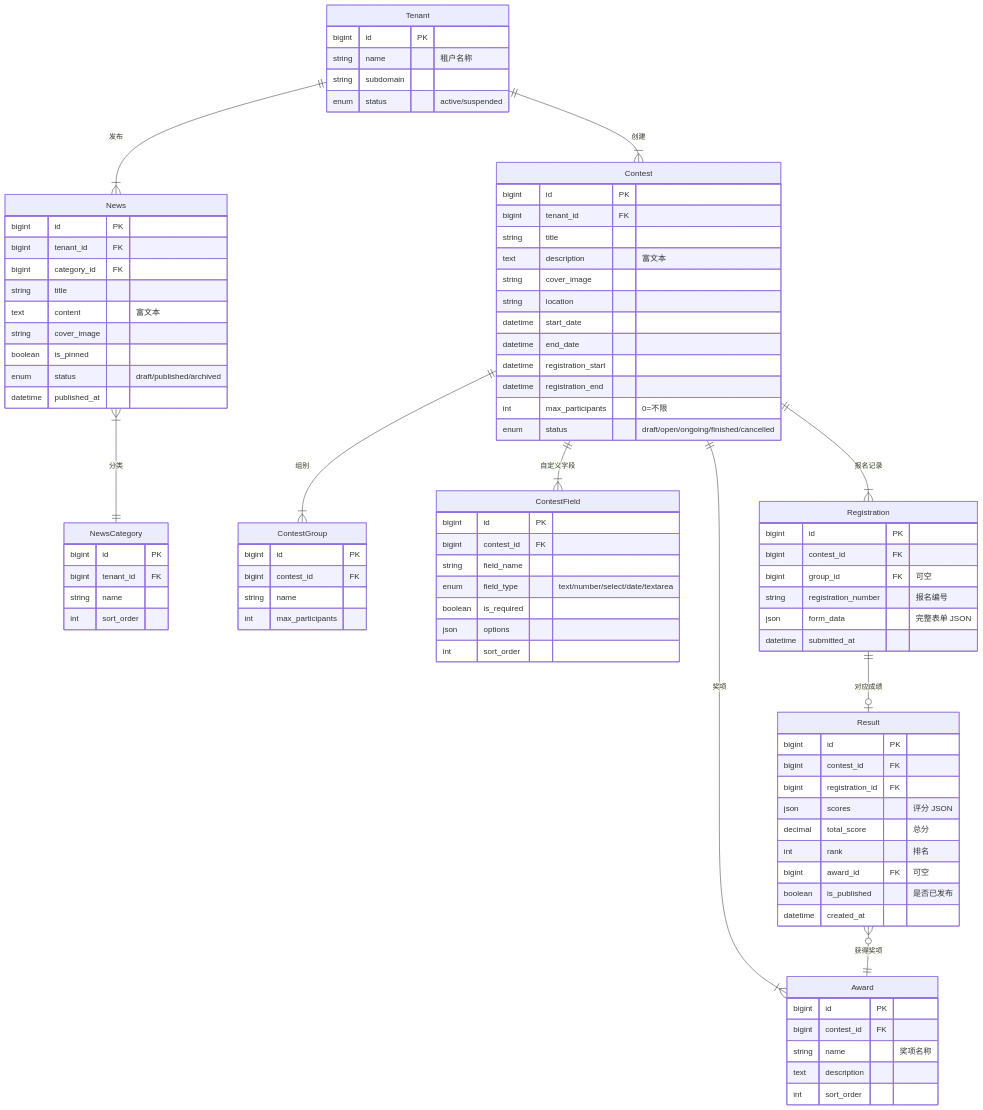
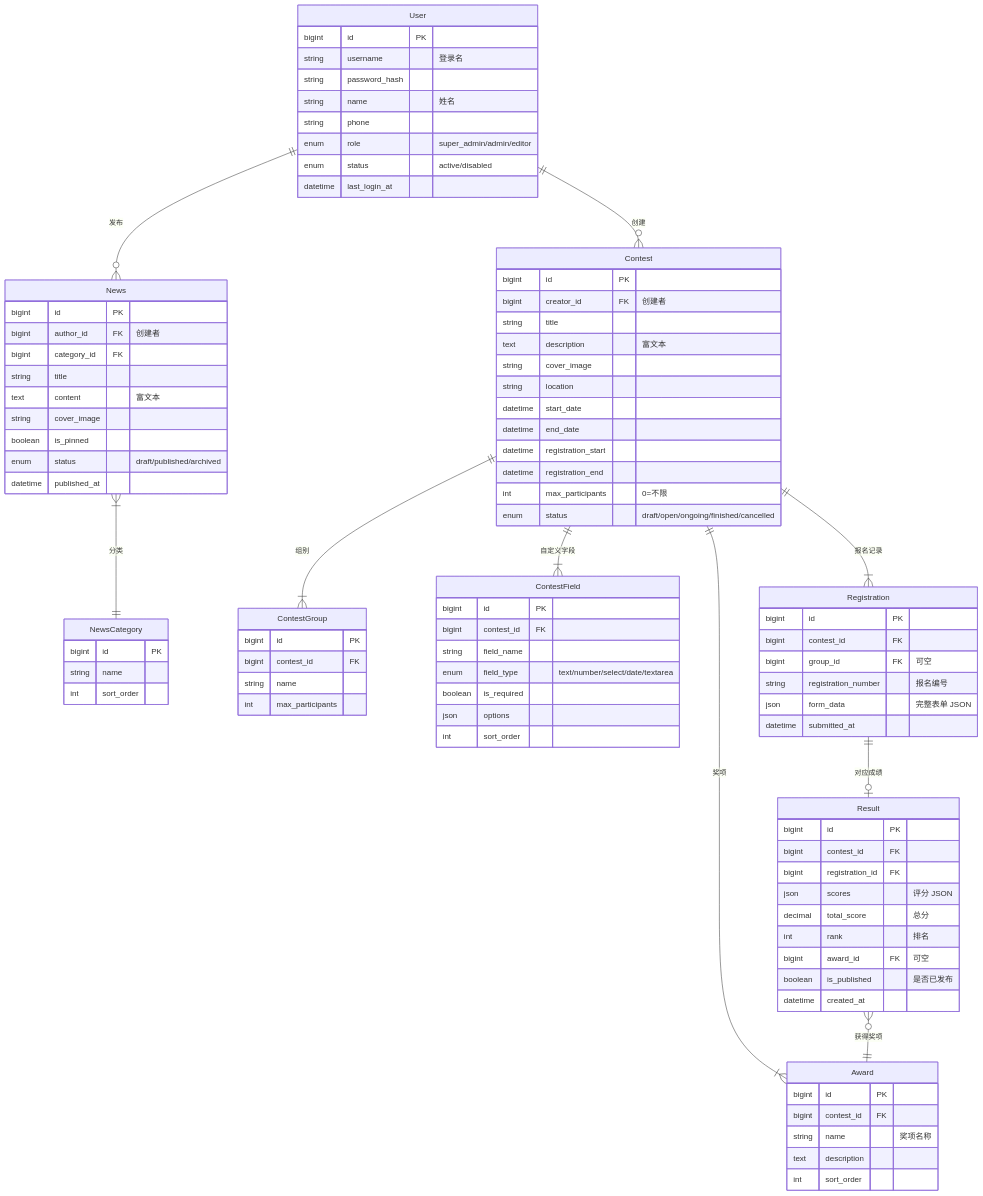
The diagram in docs/functional-requirements.md (Antiqueeeee/contest-hub), drawn with Mermaid before and after one commit. The commit also changed other lines of this file, not shown here.

Commit message:
Remove multi-tenancy design, simplify to single-tenant architecture

````diff
--- a/docs/functional-requirements.md
+++ b/docs/functional-requirements.md
@@ -478,7 +519,7 @@
 ```mermaid
 erDiagram
-    Tenant ||--|{ News : "发布"
-    Tenant ||--|{ Contest : "创建"
+    User ||--o{ News : "发布"
+    User ||--o{ Contest : "创建"
     News }|--|| NewsCategory : "分类"
     Contest ||--|{ ContestGroup : "组别"
     Contest ||--|{ ContestField : "自定义字段"
@@ -487,23 +528,26 @@
     Registration ||--o| Result : "对应成绩"
     Result }o--|| Award : "获得奖项"
 
-    Tenant {
+    User {
         bigint id PK
-        string name "租户名称"
-        string subdomain
-        enum status "active/suspended"
+        string username "登录名"
+        string password_hash
+        string name "姓名"
+        string phone
+        enum role "super_admin/admin/editor"
+        enum status "active/disabled"
+        datetime last_login_at
     }
 
     NewsCategory {
         bigint id PK
-        bigint tenant_id FK
         string name
         int sort_order
     }
 
     News {
         bigint id PK
-        bigint tenant_id FK
+        bigint author_id FK "创建者"
         bigint category_id FK
         string title
         text content "富文本"
@@ -515,7 +559,7 @@
 
     Contest {
         bigint id PK
-        bigint tenant_id FK
+        bigint creator_id FK "创建者"
         string title
         text description "富文本"
         string cover_image
````
